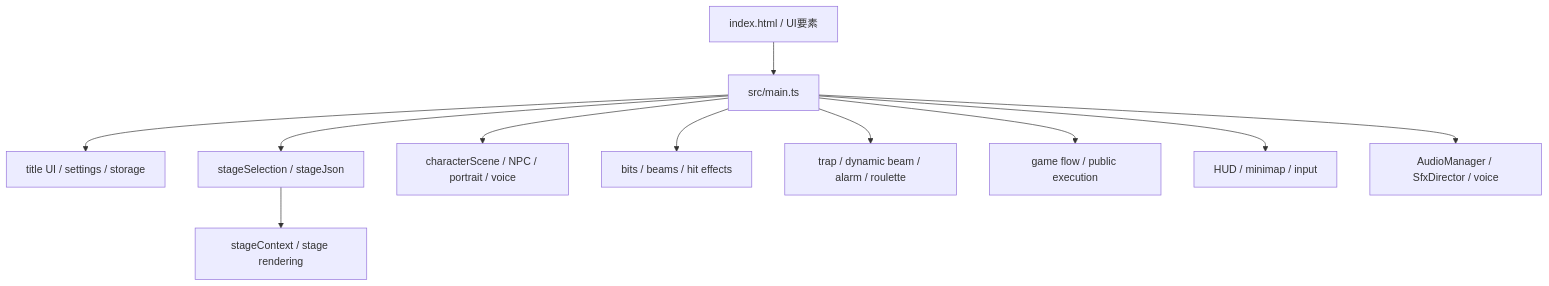
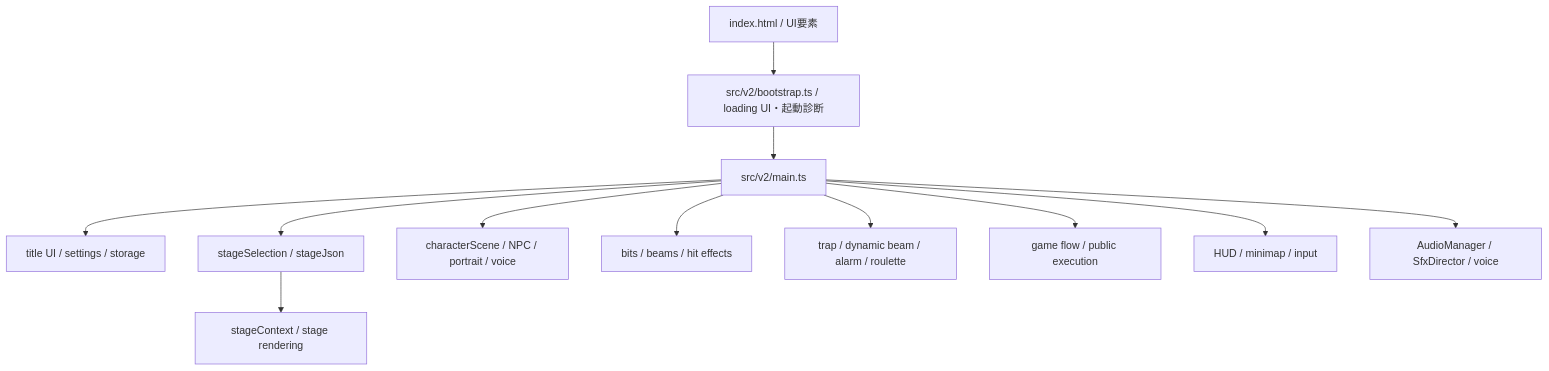
Before and after one commit to catoriinu/haigure_survival: the first of 2 diagrams in docs/spec_technical.md, drawn with Mermaid. The commit also changed other lines of this file and 11 other files, not shown here.

````diff
--- a/docs/spec_technical.md
+++ b/docs/spec_technical.md
@@ -60,13 +60,14 @@
 ```mermaid
 flowchart TD
-    HTML["index.html / UI要素"] --> Main["src/main.ts"]
+    HTML["index.html / UI要素"] --> Bootstrap["src/v2/bootstrap.ts / loading UI・起動診断"]
+    Bootstrap --> Main["src/v2/main.ts"]
     Main --> Title["title UI / settings / storage"]
     Main --> StageLoad["stageSelection / stageJson"]
     StageLoad --> StageContext["stageContext / stage rendering"]
     Main --> Characters["characterScene / NPC / portrait / voice"]
     Main --> Combat["bits / beams / hit effects"]
     Main --> Specials["trap / dynamic beam / alarm / roulette"]
     Main --> Flow["game flow / public execution"]
     Main --> HUD["HUD / minimap / input"]
     Main --> Audio["AudioManager / SfxDirector / voice"]
 ```
````
